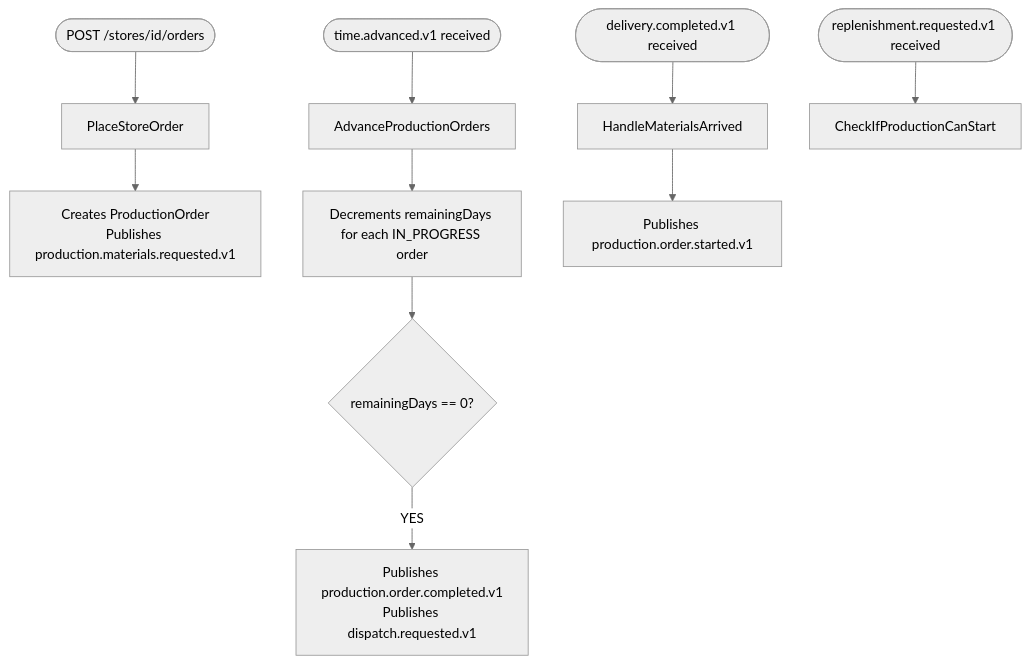
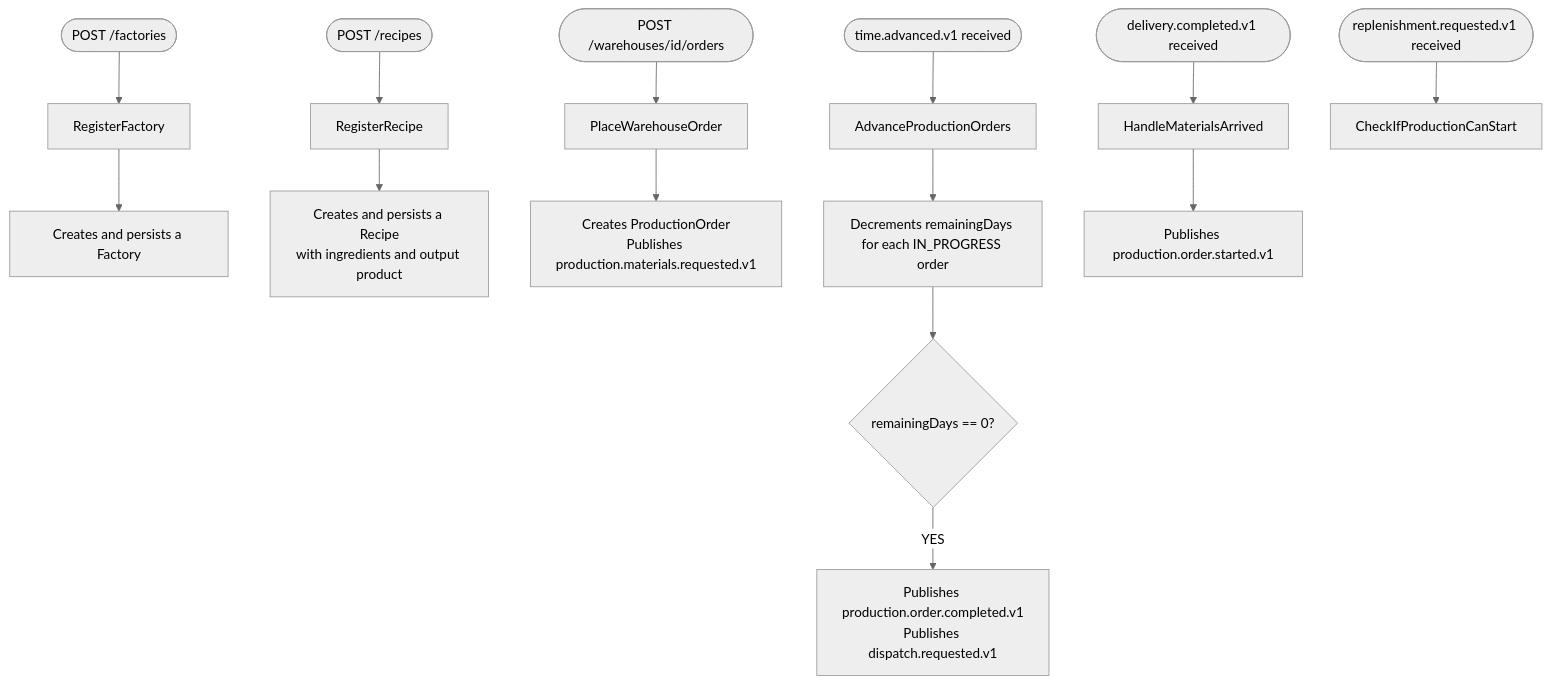
One commit to PauLopNun/workshop-suministros changed the sixth of 6 diagrams in production/ddd.md. Above: the diagram before and after it, drawn with Mermaid (neutral theme). The commit also changed other lines of this file, not shown here.

Commit message:
docs: modified graphs

````diff
--- a/production/ddd.md
+++ b/production/ddd.md
@@ -160,15 +156,16 @@
 ```mermaid
 flowchart TD
-    UC1([POST /stores/id/orders]) --> A1[PlaceStoreOrder]
-    A1 --> A2[Creates ProductionOrder\nPublishes production.materials.requested.v1]
-
-    UC2([time.advanced.v1 received]) --> B1[AdvanceProductionOrders]
-    B1 --> B2[Decrements remainingDays for each IN_PROGRESS order]
-    B2 --> B3{remainingDays == 0?}
-    B3 -->|YES| B4[Publishes production.order.completed.v1\nPublishes dispatch.requested.v1]
-
-    UC3([delivery.completed.v1 received]) --> C1[HandleMaterialsArrived]
-    C1 --> C2[Publishes production.order.started.v1]
-
-    UC4([replenishment.requested.v1 received]) --> D1[CheckIfProductionCanStart]
+    UC1([POST /factories]) --> A1[RegisterFactory]
+    A1 --> A2[Creates and persists a Factory]
+    UC2([POST /recipes]) --> B1[RegisterRecipe]
+    B1 --> B2[Creates and persists a Recipe\nwith ingredients and output product]
+    UC3([POST /warehouses/id/orders]) --> C1[PlaceWarehouseOrder]
+    C1 --> C2[Creates ProductionOrder\nPublishes production.materials.requested.v1]
+    UC4([time.advanced.v1 received]) --> D1[AdvanceProductionOrders]
+    D1 --> D2[Decrements remainingDays for each IN_PROGRESS order]
+    D2 --> D3{remainingDays == 0?}
+    D3 -->|YES| D4[Publishes production.order.completed.v1\nPublishes dispatch.requested.v1]
+    UC5([delivery.completed.v1 received]) --> E1[HandleMaterialsArrived]
+    E1 --> E2[Publishes production.order.started.v1]
+    UC6([replenishment.requested.v1 received]) --> F1[CheckIfProductionCanStart]
 ```
````
